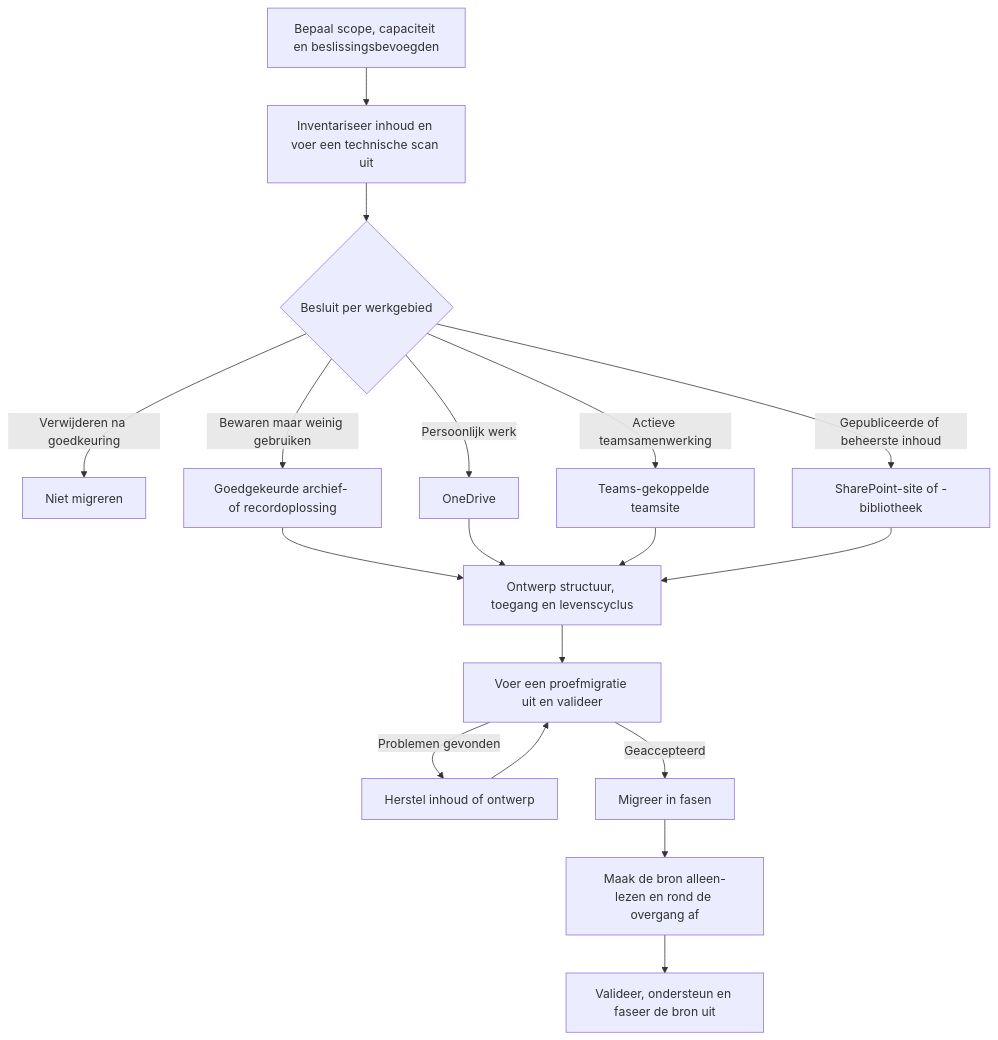
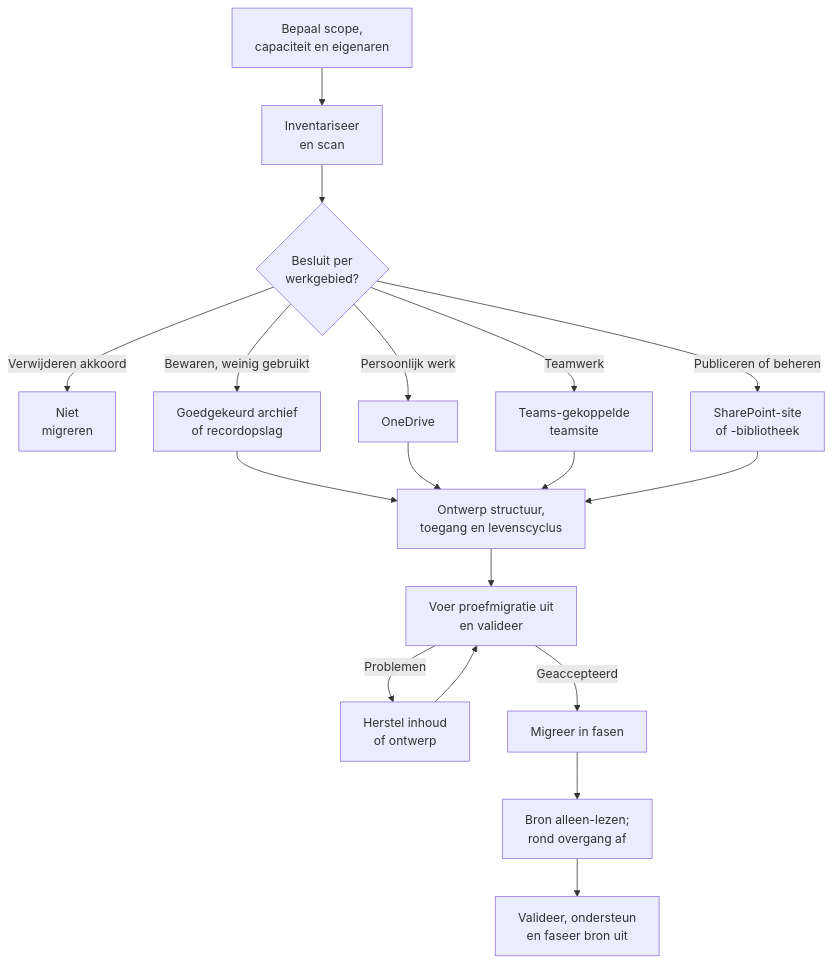
The first of 2 diagrams in i18n/nl/docusaurus-plugin-content-docs/current/admin-and-governance/migrate-file-server-to-sharepoint.md (DwayneSelsig/M365wizard), drawn with Mermaid before and after one commit. The commit also changed other lines of this file and 1 other file, not shown here.

Commit message:
docs: refine flowcharts and improve clarity in migration guide for SharePoint

````diff
--- a/i18n/nl/docusaurus-plugin-content-docs/current/admin-and-governance/migrate-file-server-to-sharepoint.md
+++ b/i18n/nl/docusaurus-plugin-content-docs/current/admin-and-governance/migrate-file-server-to-sharepoint.md
@@ -26,21 +26,21 @@
 ```mermaid
 flowchart TD
-    Scope[Bepaal scope, capaciteit en beslissingsbevoegden] --> Assess[Inventariseer inhoud en voer een technische scan uit]
-    Assess --> Decide{Besluit per werkgebied}
-    Decide -->|Verwijderen na goedkeuring| Delete[Niet migreren]
-    Decide -->|Bewaren maar weinig gebruiken| Archive[Goedgekeurde archief- of recordoplossing]
+    Scope[Bepaal scope,<br/>capaciteit en eigenaren] --> Assess[Inventariseer<br/>en scan]
+    Assess --> Decide{Besluit per<br/>werkgebied?}
+    Decide -->|Verwijderen akkoord| Delete[Niet<br/>migreren]
+    Decide -->|Bewaren, weinig gebruikt| Archive[Goedgekeurd archief<br/>of recordopslag]
     Decide -->|Persoonlijk werk| OneDrive[OneDrive]
-    Decide -->|Actieve teamsamenwerking| Team[Teams-gekoppelde teamsite]
-    Decide -->|Gepubliceerde of beheerste inhoud| SharePoint[SharePoint-site of -bibliotheek]
+    Decide -->|Teamwerk| Team[Teams-gekoppelde<br/>teamsite]
+    Decide -->|Publiceren of beheren| SharePoint[SharePoint-site<br/>of -bibliotheek]
 
-    Archive --> Design[Ontwerp structuur, toegang en levenscyclus]
+    Archive --> Design[Ontwerp structuur,<br/>toegang en levenscyclus]
     OneDrive --> Design
     Team --> Design
     SharePoint --> Design
-    Design --> Pilot[Voer een proefmigratie uit en valideer]
-    Pilot -->|Problemen gevonden| Fix[Herstel inhoud of ontwerp]
+    Design --> Pilot[Voer proefmigratie uit<br/>en valideer]
+    Pilot -->|Problemen| Fix[Herstel inhoud<br/>of ontwerp]
     Fix --> Pilot
     Pilot -->|Geaccepteerd| Waves[Migreer in fasen]
-    Waves --> Cutover[Maak de bron alleen-lezen en rond de overgang af]
-    Cutover --> Review[Valideer, ondersteun en faseer de bron uit]
+    Waves --> Cutover[Bron alleen-lezen;<br/>rond overgang af]
+    Cutover --> Review[Valideer, ondersteun<br/>en faseer bron uit]
 ```
````
